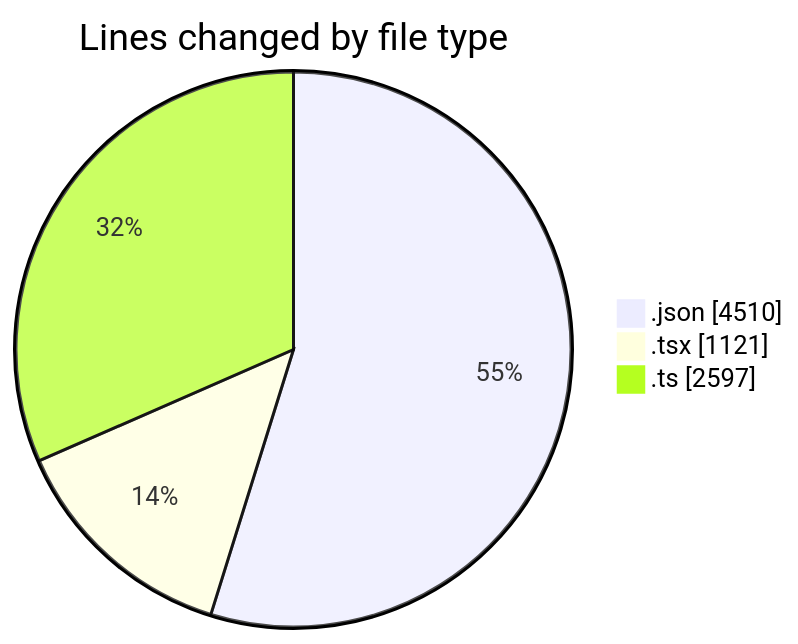
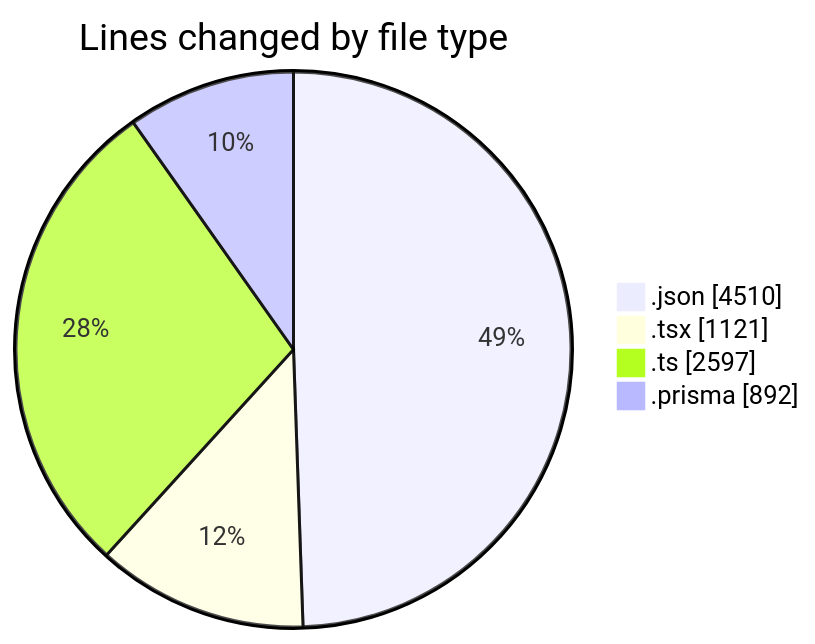
The first of 2 diagrams in 2025-05-05/ecodeli/README.md (CELIANVF/code-tracking), drawn with Mermaid before and after one commit. The commit also changed other lines of this file and 1 other file, not shown here.

````diff
--- a/2025-05-05/ecodeli/README.md
+++ b/2025-05-05/ecodeli/README.md
@@ -31,7 +32,8 @@
 ```mermaid
 pie showData
 title Lines changed by file type
 ".json" : 4510
 ".tsx" : 1121
 ".ts" : 2597
+".prisma" : 892
 ```
````
